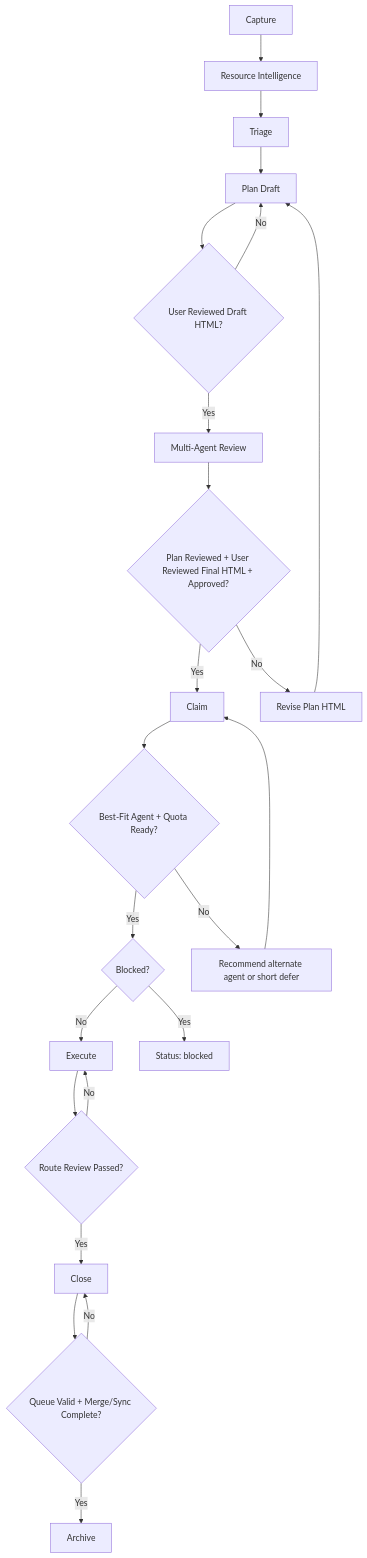
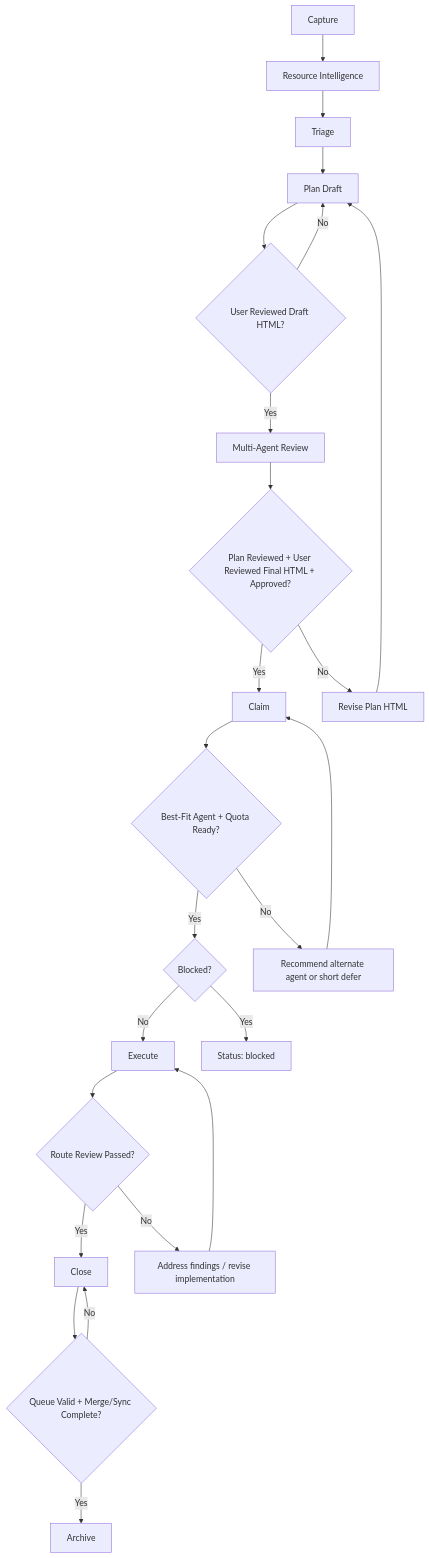
The diagram in specs/wrk/WRK-624/plan.md (vamseeachanta/workspace-hub), drawn with Mermaid before and after one commit. The commit also changed other lines of this file and 85 other files, not shown here.

````diff
--- a/specs/wrk/WRK-624/plan.md
+++ b/specs/wrk/WRK-624/plan.md
@@ -102,25 +102,26 @@
 ```mermaid
 flowchart TD
     A[Capture] --> B[Resource Intelligence]
     B --> C[Triage]
     C --> D[Plan Draft]
     D --> E{User Reviewed Draft HTML?}
     E -- Yes --> F[Multi-Agent Review]
     E -- No --> D
     F --> G{Plan Reviewed + User Reviewed Final HTML + Approved?}
     G -- Yes --> H[Claim]
     G -- No --> F1[Revise Plan HTML]
     F1 --> D
     H --> I{Best-Fit Agent + Quota Ready?}
     I -- Yes --> J{Blocked?}
     I -- No --> H1[Recommend alternate agent or short defer]
     H1 --> H
     J -- No --> K[Execute]
     J -- Yes --> L[Status: blocked]
     K --> M{Route Review Passed?}
     M -- Yes --> N[Close]
-    M -- No --> K
+    M -- No --> M1[Address findings / revise implementation]
+    M1 --> K
     N --> O{Queue Valid + Merge/Sync Complete?}
     O -- Yes --> P[Archive]
     O -- No --> N
 ```
````
